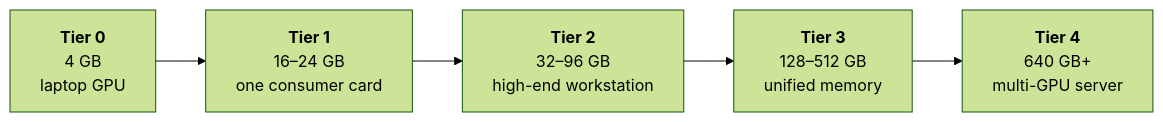
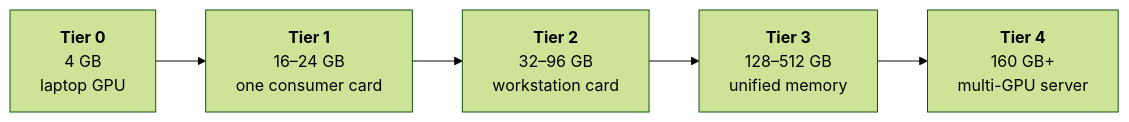
Before and after one commit to kamil-kielbasa/ai-infrastructure-book: the first of 2 diagrams in book/08-the-model-landscape.md, drawn with Mermaid (forest theme). The commit also changed other lines of this file and 13 other files, not shown here.

Commit message:
feat: add context sizing, rework architectures, split chapter 12

````diff
--- a/book/08-the-model-landscape.md
+++ b/book/08-the-model-landscape.md
@@ -39,7 +79,7 @@
 ```mermaid
 flowchart LR
     T0["<b>Tier 0</b><br/>4 GB<br/>laptop GPU"] --> T1["<b>Tier 1</b><br/>16–24 GB<br/>one consumer card"]
-    T1 --> T2["<b>Tier 2</b><br/>32–96 GB<br/>high-end workstation"]
+    T1 --> T2["<b>Tier 2</b><br/>32–96 GB<br/>workstation card"]
     T2 --> T3["<b>Tier 3</b><br/>128–512 GB<br/>unified memory"]
-    T3 --> T4["<b>Tier 4</b><br/>640 GB+<br/>multi-GPU server"]
+    T3 --> T4["<b>Tier 4</b><br/>160 GB+<br/>multi-GPU server"]
 ```
````
